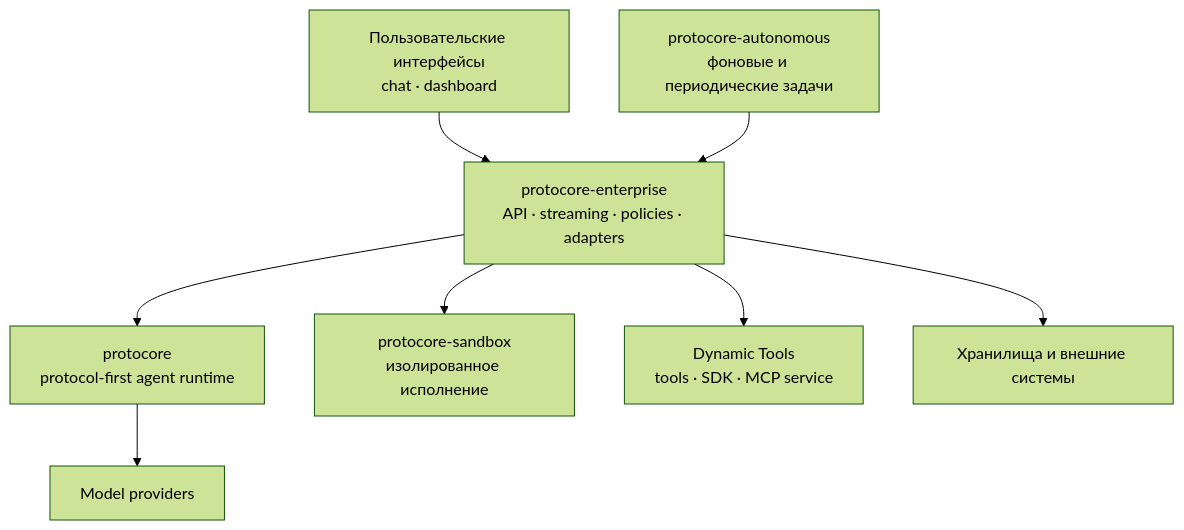
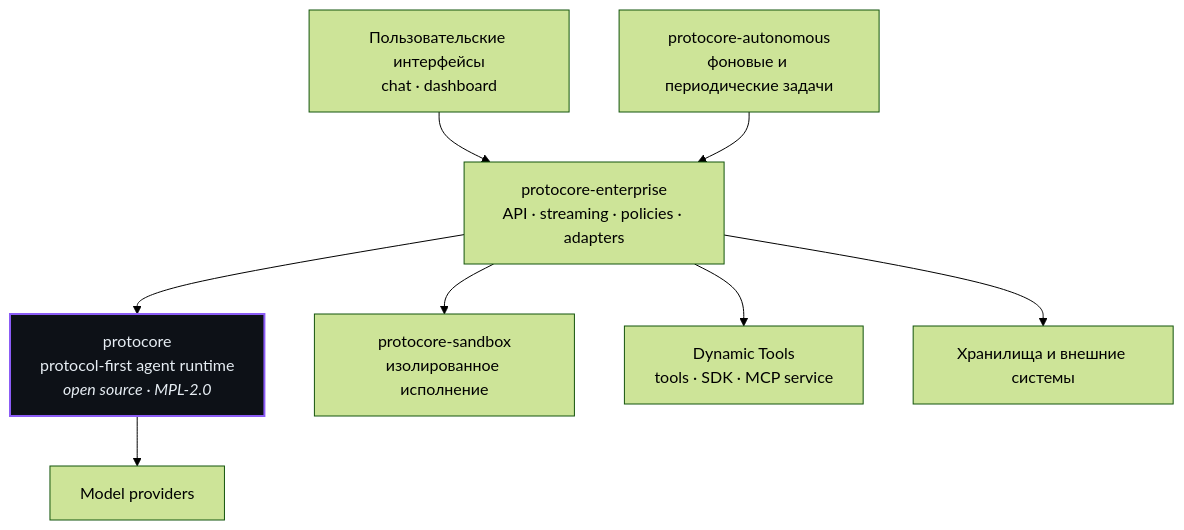
The diagram in profile/README.md (ascorblack-labs/.github), drawn with Mermaid (forest theme) before and after one commit. The commit also changed other lines of this file, not shown here.

First line of the commit message:
The core is open source now

````diff
--- a/profile/README.md
+++ b/profile/README.md
@@ -31,19 +35,21 @@
 ```mermaid
 flowchart TB
     UI["Пользовательские интерфейсы<br/>chat · dashboard"]
     API["protocore-enterprise<br/>API · streaming · policies · adapters"]
-    Core["protocore<br/>protocol-first agent runtime"]
+    Core["protocore<br/>protocol-first agent runtime<br/><i>open source · MPL-2.0</i>"]
     Auto["protocore-autonomous<br/>фоновые и периодические задачи"]
     Sandbox["protocore-sandbox<br/>изолированное исполнение"]
     Tools["Dynamic Tools<br/>tools · SDK · MCP service"]
     Data["Хранилища и внешние системы"]
     Models["Model providers"]
 
     UI --> API
     Auto --> API
     API --> Core
     API --> Sandbox
     API --> Tools
     API --> Data
     Core --> Models
+
+    style Core fill:#0d1117,stroke:#8b5cf6,stroke-width:2px,color:#e6edf3
 ```
````
